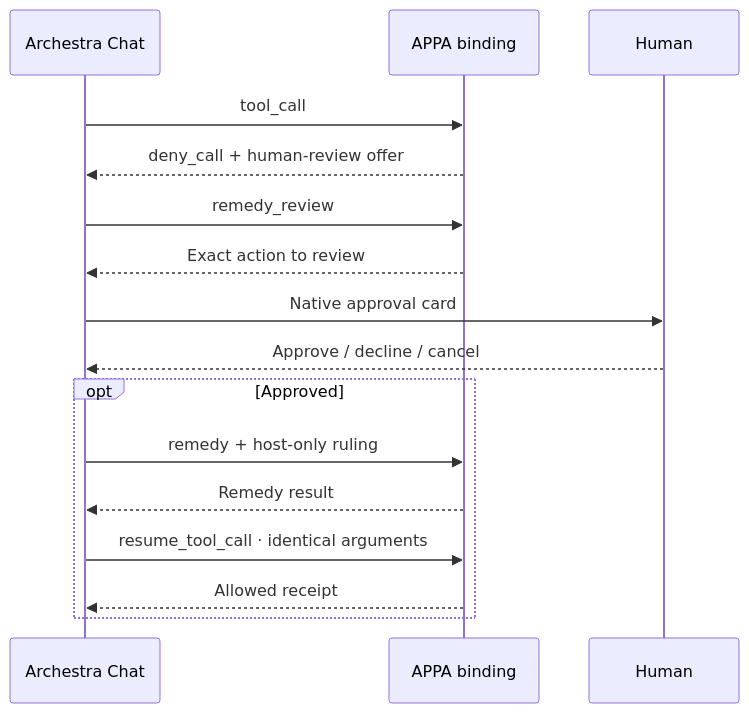
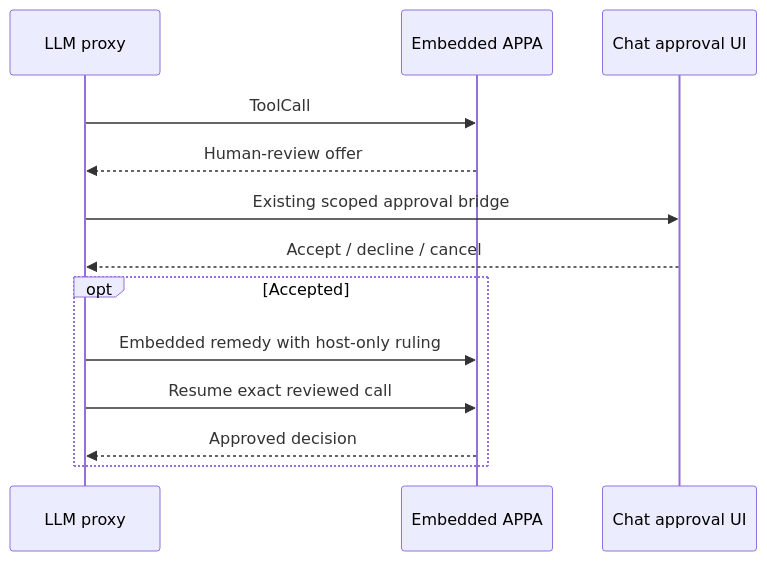
Before and after one commit to archestra-ai/archestra: the second of 2 diagrams in docs/openappa-architecture.md, drawn with Mermaid. The commit also changed other lines of this file and 18 other files, not shown here.

Commit message:
refactor: enforce OpenAPPA at proxy guardrail checkpoints behind explicit flag

````diff
--- a/docs/openappa-architecture.md
+++ b/docs/openappa-architecture.md
@@ -45,18 +58,15 @@
 ```mermaid
 sequenceDiagram
-  participant C as Archestra Chat
-  participant A as APPA binding
-  participant H as Human
-  C->>A: tool_call
-  A-->>C: deny_call + human-review offer
-  C->>A: remedy_review
-  A-->>C: Exact action to review
-  C->>H: Native approval card
-  H-->>C: Approve / decline / cancel
-  opt Approved
-    C->>A: remedy + host-only ruling
-    A-->>C: Remedy result
-    C->>A: resume_tool_call · identical arguments
-    A-->>C: Allowed receipt
+  participant P as LLM proxy
+  participant A as Embedded APPA
+  participant C as Chat approval UI
+  P->>A: ToolCall
+  A-->>P: Human-review offer
+  P->>C: Existing scoped approval bridge
+  C-->>P: Accept / decline / cancel
+  opt Accepted
+    P->>A: Embedded remedy with host-only ruling
+    P->>A: Resume exact reviewed call
+    A-->>P: Approved decision
   end
 ```
````
